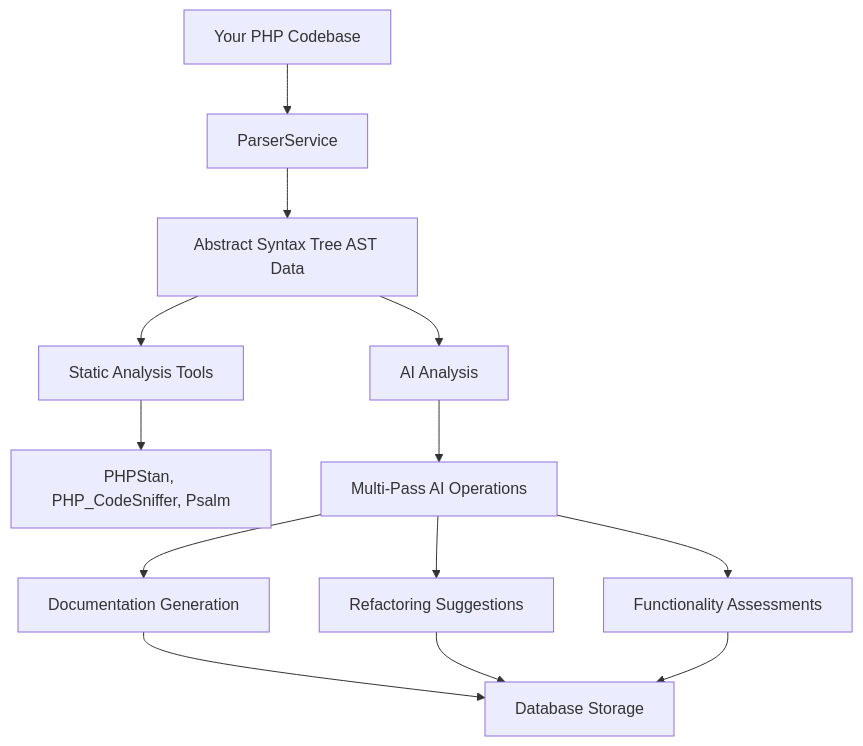
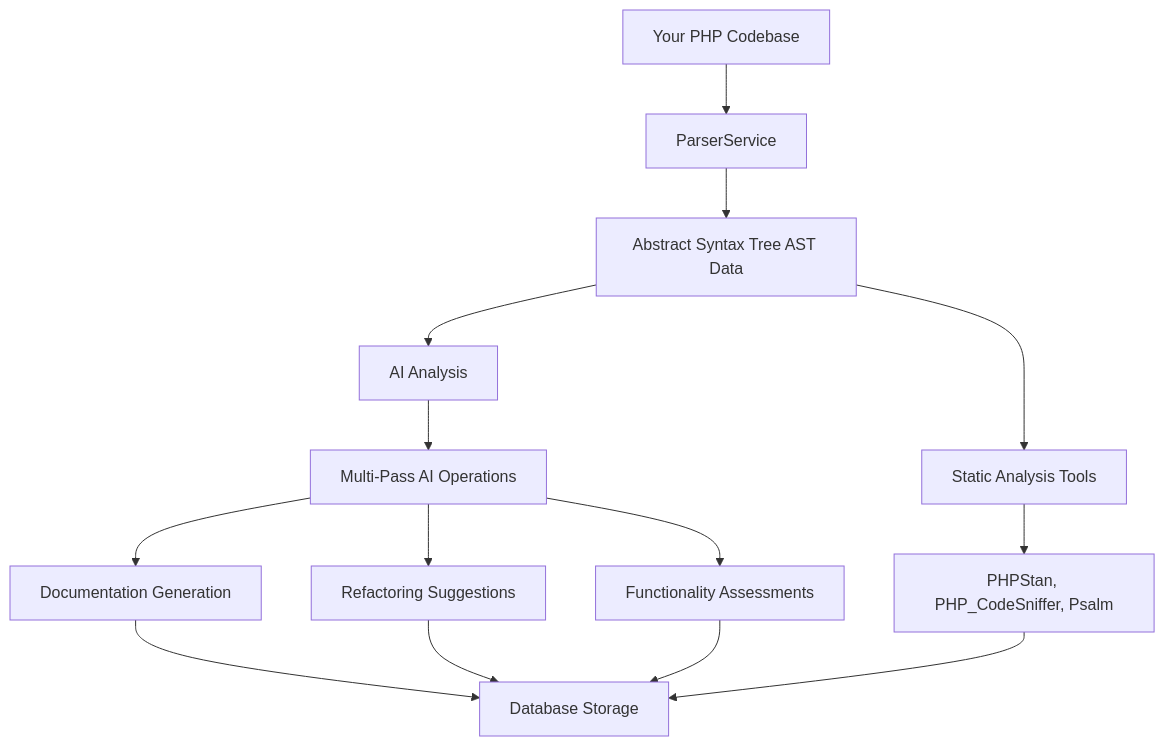
One commit to wallter/laravel-ai-code-analysis changed the first of 4 diagrams in README.md. Above: the diagram before and after it, drawn with Mermaid.

Commit message:
docs: Update README with tools information in diagram

````diff
--- a/README.md
+++ b/README.md
@@ -60,15 +60,16 @@
 ```mermaid
 graph TD;
     PHP_Codebase[Your PHP Codebase] --> ParserService;
     ParserService --> AST[Abstract Syntax Tree AST Data];
     AST --> StaticAnalysis[Static Analysis Tools];
     AST --> AI_Analysis[AI Analysis];
     StaticAnalysis --> Tools[PHPStan, PHP_CodeSniffer, Psalm];
     AI_Analysis --> MultiPass[Multi-Pass AI Operations];
     MultiPass --> Documentation[Documentation Generation];
     MultiPass --> Refactoring[Refactoring Suggestions];
     MultiPass --> Functionality[Functionality Assessments];
     Documentation --> Database[Database Storage];
     Refactoring --> Database;
     Functionality --> Database;
+    Tools[PHPStan, PHP_CodeSniffer, Psalm] --> Database;
 ```
````
